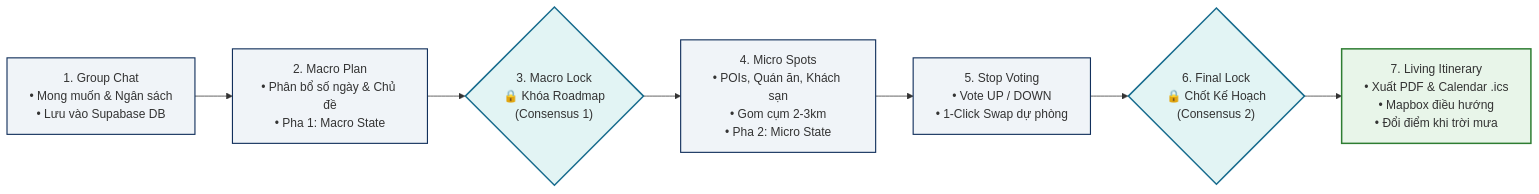
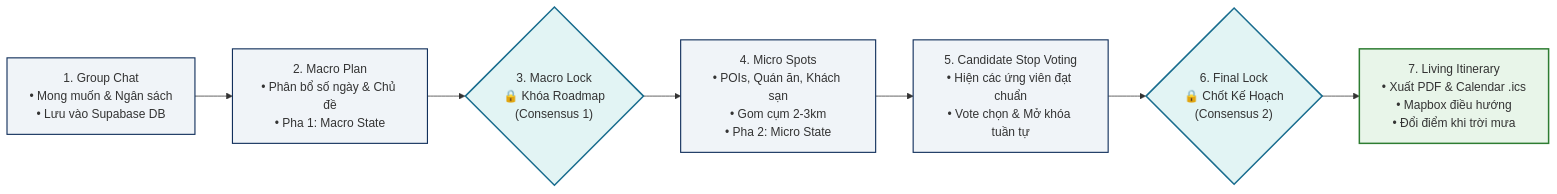
The first of 2 diagrams in docs/00-overview/project-overview.md (b4ck12/Group_Project), drawn with Mermaid before and after one commit. The commit also changed other lines of this file and 6 other files, not shown here.

````diff
--- a/docs/00-overview/project-overview.md
+++ b/docs/00-overview/project-overview.md
@@ -33,17 +33,17 @@
 ```mermaid
 flowchart LR
     S1["1. Group Chat<br/>• Mong muốn & Ngân sách<br/>• Lưu vào Supabase DB"] --> S2["2. Macro Plan<br/>• Phân bổ số ngày & Chủ đề<br/>• Pha 1: Macro State"]
     S2 --> S3{"3. Macro Lock<br/>🔒 Khóa Roadmap<br/>(Consensus 1)"}
     S3 --> S4["4. Micro Spots<br/>• POIs, Quán ăn, Khách sạn<br/>• Gom cụm 2-3km<br/>• Pha 2: Micro State"]
-    S4 --> S5["5. Stop Voting<br/>• Vote UP / DOWN<br/>• 1-Click Swap dự phòng"]
+    S4 --> S5["5. Candidate Stop Voting<br/>• Hiện các ứng viên đạt chuẩn<br/>• Vote chọn & Mở khóa tuần tự"]
     S5 --> S6{"6. Final Lock<br/>🔒 Chốt Kế Hoạch<br/>(Consensus 2)"}
     S6 --> S7["7. Living Itinerary<br/>• Xuất PDF & Calendar .ics<br/>• Mapbox điều hướng<br/>• Đổi điểm khi trời mưa"]
 
     style S1 fill:#f0f4f8,stroke:#12305c,stroke-width:1.5px;
     style S2 fill:#f0f4f8,stroke:#12305c,stroke-width:1.5px;
     style S3 fill:#e2f4f4,stroke:#186c8e,stroke-width:2px;
     style S4 fill:#f0f4f8,stroke:#12305c,stroke-width:1.5px;
     style S5 fill:#f0f4f8,stroke:#12305c,stroke-width:1.5px;
     style S6 fill:#e2f4f4,stroke:#186c8e,stroke-width:2px;
     style S7 fill:#e8f5e9,stroke:#2e7d32,stroke-width:2px;
 ```
````
